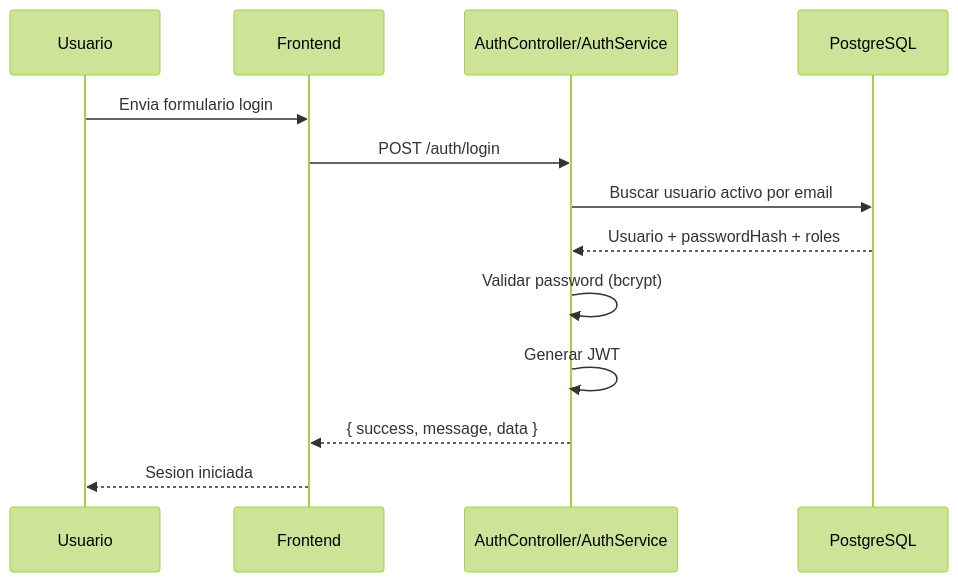
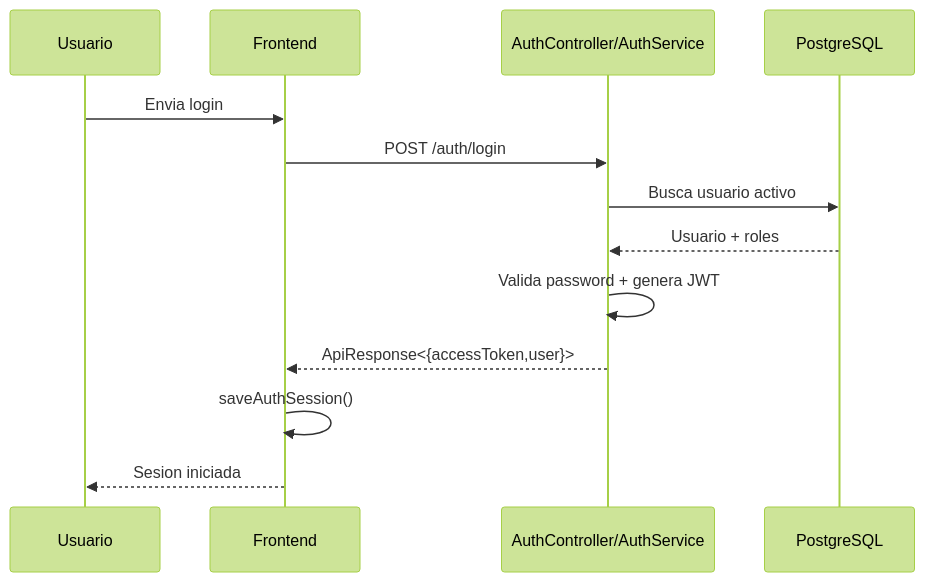
One commit to RoockDev/proyecto-proclade changed the first of 5 diagrams in docs/02-architecture/02.4-runtime-flows.md. Above: the diagram before and after it, drawn with Mermaid (forest theme). The commit also changed other lines of this file and 37 other files, not shown here.

````diff
--- a/docs/02-architecture/02.4-runtime-flows.md
+++ b/docs/02-architecture/02.4-runtime-flows.md
@@ -5,16 +5,16 @@
 ```mermaid
 sequenceDiagram
   participant U as Usuario
   participant FE as Frontend
   participant API as AuthController/AuthService
   participant DB as PostgreSQL
 
-  U->>FE: Envia formulario login
+  U->>FE: Envia login
   FE->>API: POST /auth/login
-  API->>DB: Buscar usuario activo por email
-  DB-->>API: Usuario + passwordHash + roles
-  API->>API: Validar password (bcrypt)
-  API->>API: Generar JWT
-  API-->>FE: { success, message, data }
+  API->>DB: Busca usuario activo
+  DB-->>API: Usuario + roles
+  API->>API: Valida password + genera JWT
+  API-->>FE: ApiResponse<{accessToken,user}>
+  FE->>FE: saveAuthSession()
   FE-->>U: Sesion iniciada
 ```
````
